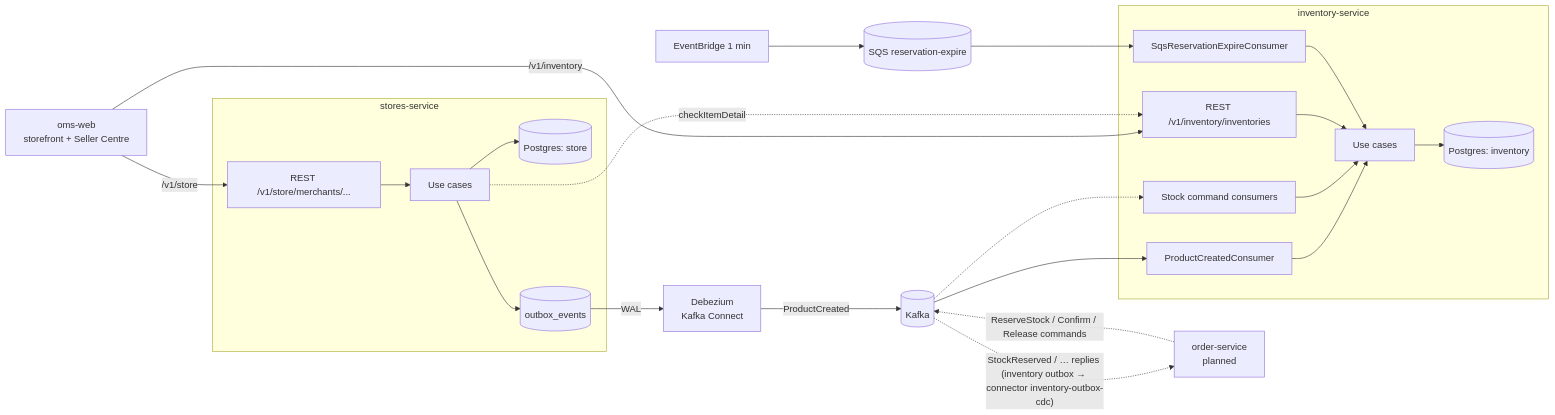
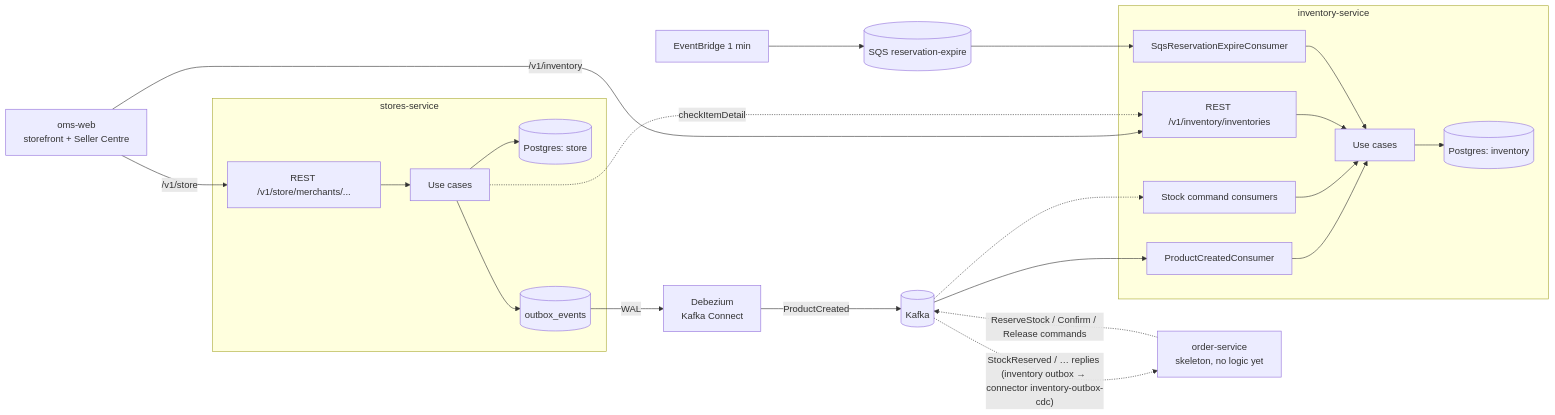
One commit to domt97/oms-workspace changed the diagram in architecture/system-overview.md. Above: the diagram before and after it, drawn with Mermaid. The commit also changed 8 other files, not shown here.

Commit message:
docs: order-service skeleton (repo row, order-expert, delivery, open question 67)

````diff
--- a/architecture/system-overview.md
+++ b/architecture/system-overview.md
@@ -3,25 +3,25 @@
 ```mermaid
 flowchart LR
     subgraph stores-service
         SAPI[REST /v1/store/merchants/...] --> SUC[Use cases]
         SUC --> SDB[(Postgres: store)]
         SUC --> OB[(outbox_events)]
     end
     OB -- WAL --> DBZ[Debezium<br/>Kafka Connect]
     DBZ -- ProductCreated --> K[(Kafka)]
     K --> PC[ProductCreatedConsumer]
     K -.-> SC[Stock command consumers]
     subgraph inventory-service
         PC --> IUC[Use cases]
         SC --> IUC
         IAPI[REST /v1/inventory/inventories] --> IUC
         SQS[SqsReservationExpireConsumer] --> IUC
         IUC --> IDB[(Postgres: inventory)]
     end
     EB[EventBridge 1 min] --> Q[(SQS reservation-expire)] --> SQS
-    ORD[order-service<br/>planned] -. ReserveStock / Confirm / Release commands .-> K
+    ORD[order-service<br/>skeleton, no logic yet] -. ReserveStock / Confirm / Release commands .-> K
     K -. StockReserved / … replies (inventory outbox → connector inventory-outbox-cdc) .-> ORD
     WEB[oms-web<br/>storefront + Seller Centre] -- /v1/store --> SAPI
     WEB -- /v1/inventory --> IAPI
     SUC -. checkItemDetail .-> IAPI
 ```
````
